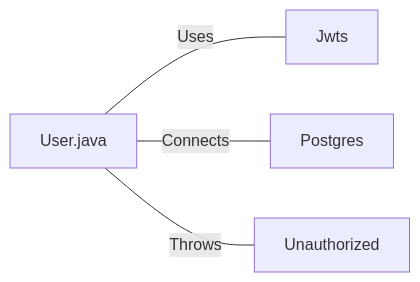
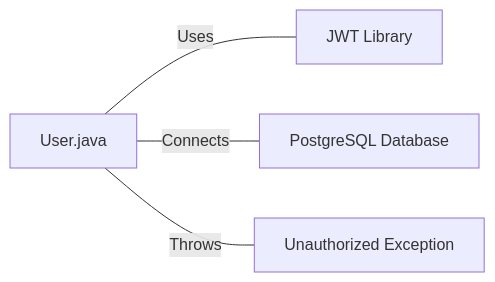
Before and after one commit to julioarruda/vulnado: the second of 2 diagrams in wiki/src/java/com/scalesec/vulnado/User.java.md, drawn with Mermaid. The commit also changed other lines of this file and 1 other file, not shown here.

````diff
--- a/wiki/src/java/com/scalesec/vulnado/User.java.md
+++ b/wiki/src/java/com/scalesec/vulnado/User.java.md
@@ -30,6 +30,6 @@
 ```mermaid
 flowchart LR
-    User.java --- |"Uses"| Jwts
-    User.java --- |"Connects"| Postgres
-    User.java --- |"Throws"| Unauthorized
+    User.java --- |"Uses"| jwt["JWT Library"]
+    User.java --- |"Connects"| postgres["PostgreSQL Database"]
+    User.java --- |"Throws"| unauthorized["Unauthorized Exception"]
 ```
````
